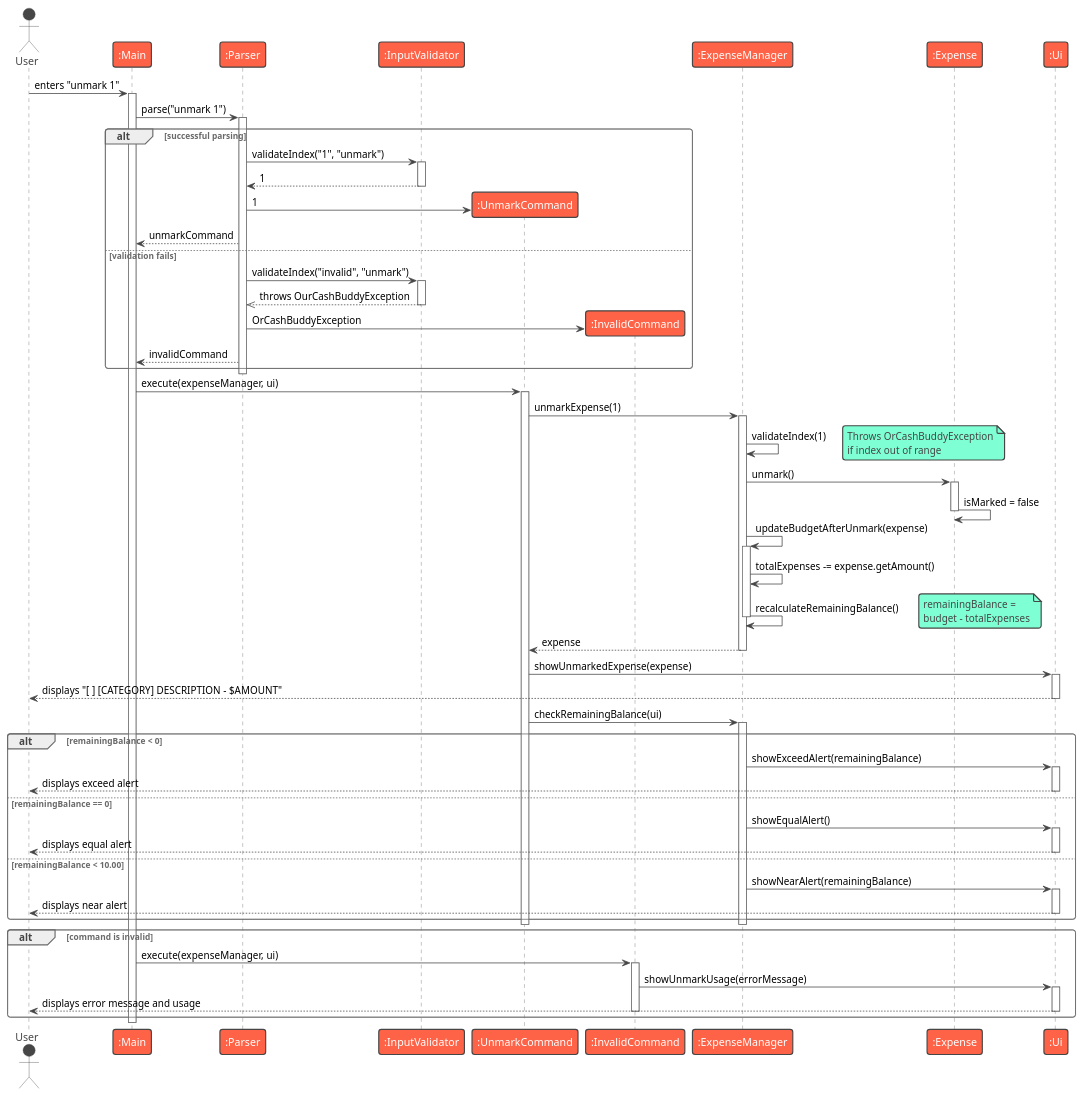
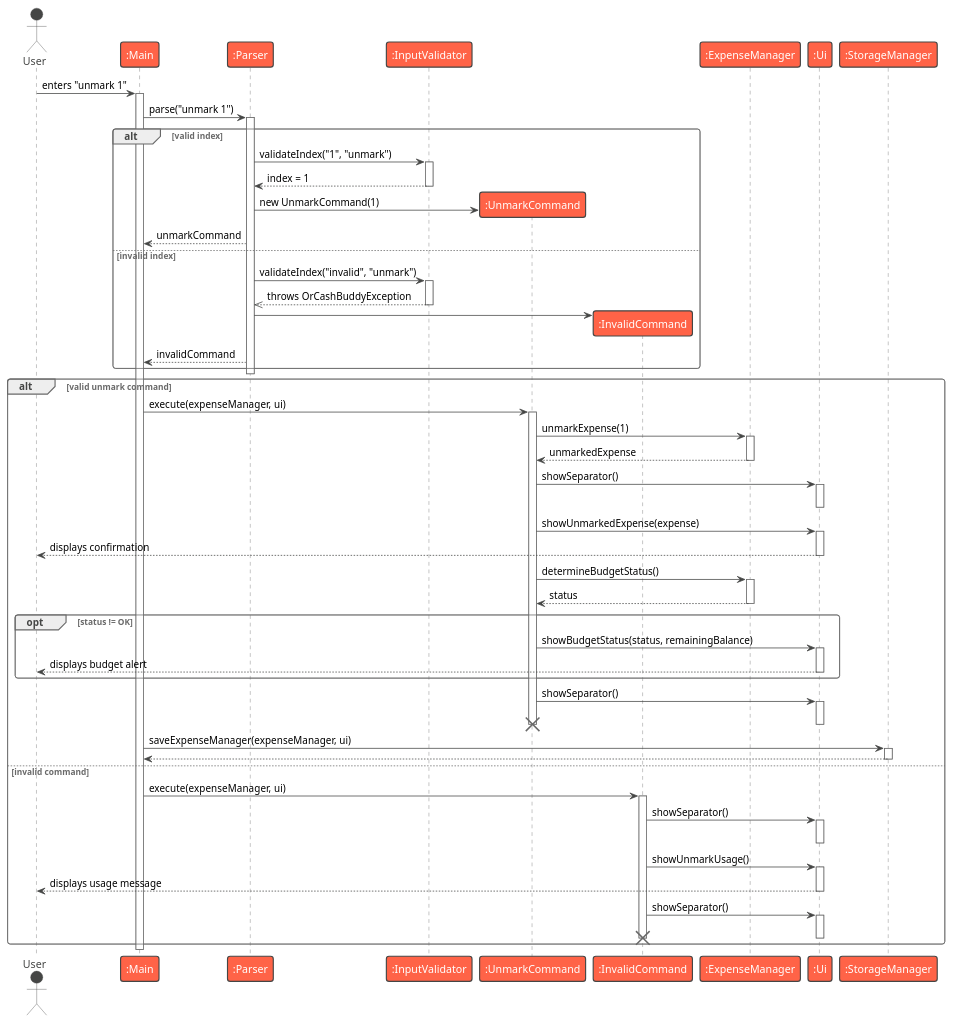
One commit to aydrienlaw/tp changed the diagram in docs/diagrams/unmark-sequence.puml. Above: the diagram before and after it, drawn with PlantUML.

Commit message:
docs: update unmark sequence diagram to include budget status handling and command execution flow

```diff
--- a/docs/diagrams/unmark-sequence.puml
+++ b/docs/diagrams/unmark-sequence.puml
@@ -1,109 +1,106 @@
 @startuml
 !theme vibrant
 actor User
 participant ":Main" as Main
 participant ":Parser" as Parser
 participant ":InputValidator" as InputValidator
 participant ":UnmarkCommand" as UnmarkCommand
 participant ":InvalidCommand" as InvalidCommand
 participant ":ExpenseManager" as ExpenseManager
-participant ":Expense" as Expense
 participant ":Ui" as Ui
+participant ":StorageManager" as StorageManager
 
 User -> Main : enters "unmark 1"
 activate Main
 
 Main -> Parser : parse("unmark 1")
 activate Parser
 
-alt successful parsing
-
+alt valid index
     Parser -> InputValidator : validateIndex("1", "unmark")
     activate InputValidator
-    InputValidator --> Parser : 1
+    InputValidator --> Parser : index = 1
     deactivate InputValidator
 
     create UnmarkCommand
-    Parser -> UnmarkCommand : 1
+    Parser -> UnmarkCommand : new UnmarkCommand(1)
     Parser --> Main : unmarkCommand
 
-else validation fails
-
+else invalid index
     Parser -> InputValidator : validateIndex("invalid", "unmark")
     activate InputValidator
-    InputValidator -->> Parser : throws OurCashBuddyException
+    InputValidator -->> Parser : throws OrCashBuddyException
     deactivate InputValidator
 
     create InvalidCommand
-    Parser -> InvalidCommand : OrCashBuddyException
+    Parser -> InvalidCommand
     Parser --> Main : invalidCommand
-
 end
 
 deactivate Parser
 
-Main -> UnmarkCommand : execute(expenseManager, ui)
-activate UnmarkCommand
+alt valid unmark command
+    Main -> UnmarkCommand : execute(expenseManager, ui)
+    activate UnmarkCommand
 
-UnmarkCommand -> ExpenseManager : unmarkExpense(1)
-activate ExpenseManager
+    UnmarkCommand -> ExpenseManager : unmarkExpense(1)
+    activate ExpenseManager
+    ExpenseManager --> UnmarkCommand : unmarkedExpense
+    deactivate ExpenseManager
 
-ExpenseManager -> ExpenseManager : validateIndex(1)
-note right: Throws OrCashBuddyException\nif index out of range
+    UnmarkCommand -> Ui : showSeparator()
+    activate Ui
+    deactivate Ui
 
-ExpenseManager -> Expense : unmark()
-activate Expense
-Expense -> Expense : isMarked = false
-deactivate Expense
+    UnmarkCommand -> Ui : showUnmarkedExpense(expense)
+    activate Ui
+    Ui --> User : displays confirmation
+    deactivate Ui
 
-ExpenseManager -> ExpenseManager : updateBudgetAfterUnmark(expense)
-activate ExpenseManager
-ExpenseManager -> ExpenseManager : totalExpenses -= expense.getAmount()
-ExpenseManager -> ExpenseManager : recalculateRemainingBalance()
-note right: remainingBalance =\nbudget - totalExpenses
-deactivate ExpenseManager
+    UnmarkCommand -> ExpenseManager : determineBudgetStatus()
+    activate ExpenseManager
+    ExpenseManager --> UnmarkCommand : status
+    deactivate ExpenseManager
 
-ExpenseManager --> UnmarkCommand : expense
-deactivate ExpenseManager
+    opt status != OK
+        UnmarkCommand -> Ui : showBudgetStatus(status, remainingBalance)
+        activate Ui
+        Ui --> User : displays budget alert
+        deactivate Ui
+    end
 
-UnmarkCommand -> Ui : showUnmarkedExpense(expense)
-activate Ui
-Ui --> User : displays "[ ] [CATEGORY] DESCRIPTION - $AMOUNT"
-deactivate Ui
+    UnmarkCommand -> Ui : showSeparator()
+    activate Ui
+    deactivate Ui
 
-UnmarkCommand -> ExpenseManager : checkRemainingBalance(ui)
-activate ExpenseManager
+    deactivate UnmarkCommand
+    destroy UnmarkCommand
 
-alt remainingBalance < 0
-    ExpenseManager -> Ui : showExceedAlert(remainingBalance)
-    activate Ui
-    Ui --> User : displays exceed alert
-    deactivate Ui
-else remainingBalance == 0
-    ExpenseManager -> Ui : showEqualAlert()
-    activate Ui
-    Ui --> User : displays equal alert
-    deactivate Ui
-else remainingBalance < 10.00
-    ExpenseManager -> Ui : showNearAlert(remainingBalance)
-    activate Ui
-    Ui --> User : displays near alert
-    deactivate Ui
-end
+    Main -> StorageManager : saveExpenseManager(expenseManager, ui)
+    activate StorageManager
+    StorageManager --> Main
+    deactivate StorageManager
 
-deactivate ExpenseManager
-
-deactivate UnmarkCommand
-
-alt command is invalid
+else invalid command
     Main -> InvalidCommand : execute(expenseManager, ui)
     activate InvalidCommand
-    InvalidCommand -> Ui : showUnmarkUsage(errorMessage)
+
+    InvalidCommand -> Ui : showSeparator()
     activate Ui
-    Ui --> User : displays error message and usage
     deactivate Ui
+
+    InvalidCommand -> Ui : showUnmarkUsage()
+    activate Ui
+    Ui --> User : displays usage message
+    deactivate Ui
+
+    InvalidCommand -> Ui : showSeparator()
+    activate Ui
+    deactivate Ui
+
     deactivate InvalidCommand
+    destroy InvalidCommand
 end
 
 deactivate Main
 @enduml
```
